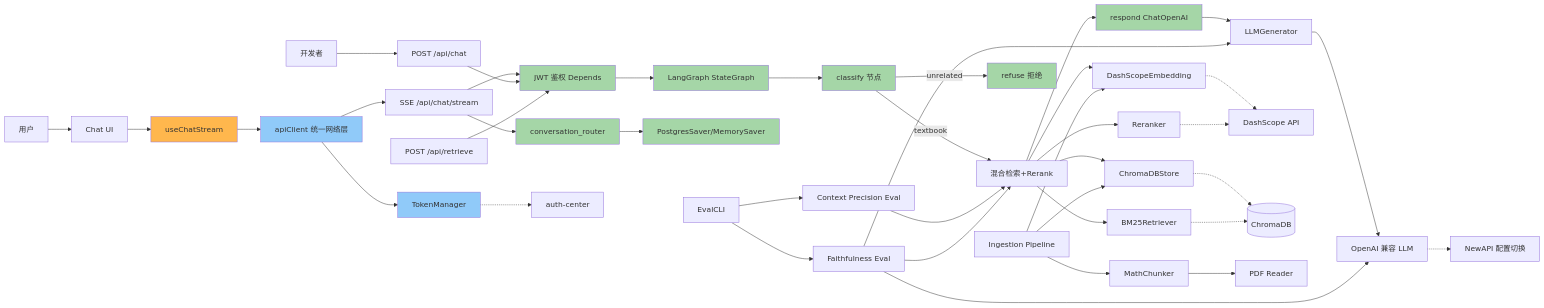
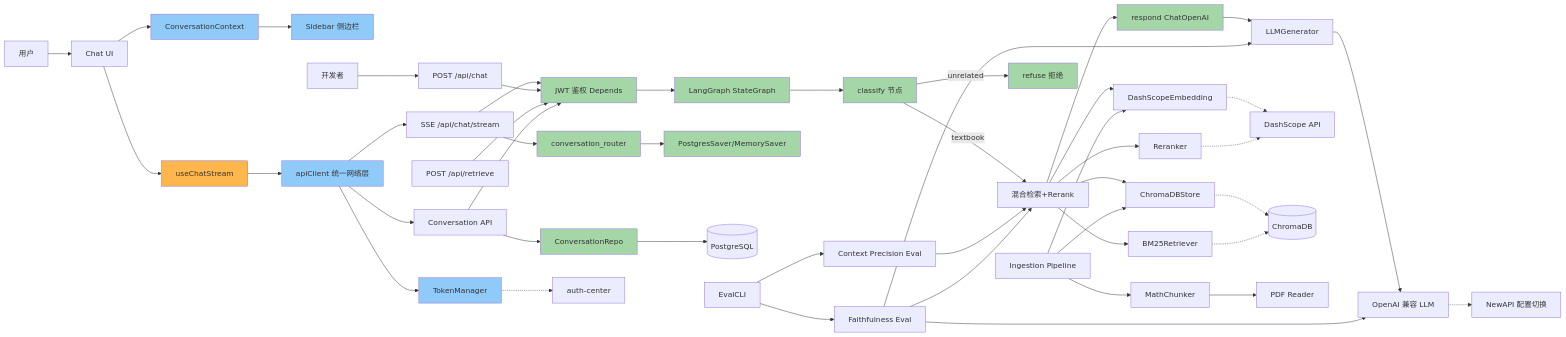
The diagram in .dev-flow/feature-map.md (xiaolutang/OctoTutor), drawn with Mermaid before and after one commit. The commit also changed other lines of this file and 4 other files, not shown here.

````diff
--- a/.dev-flow/feature-map.md
+++ b/.dev-flow/feature-map.md
@@ -5,62 +5,72 @@
 ```mermaid
 graph LR
     User[用户] --> ChatUI[Chat UI]
     ChatUI --> SSEHook[useChatStream]
+    ChatUI --> ConvCtx[ConversationContext]
+    ConvCtx --> Sidebar[Sidebar 侧边栏]
     SSEHook --> ApiClient[apiClient 统一网络层]
     ApiClient --> SSEEndpoint[SSE /api/chat/stream]
     ApiClient --> TokenMgr[TokenManager]
+    ApiClient --> ConvAPI[Conversation API]
 
     Dev[开发者] --> ChatAPI[POST /api/chat]
 
     SSEEndpoint --> AuthMiddleware[JWT 鉴权 Depends]
     ChatAPI --> AuthMiddleware
     RetrieveAPI[POST /api/retrieve] --> AuthMiddleware
+    ConvAPI --> AuthMiddleware
 
     AuthMiddleware --> StateGraph[LangGraph StateGraph]
     StateGraph --> Classify[classify 节点]
     Classify -->|textbook| Retrieve[混合检索+Rerank]
     Classify -->|unrelated| Refuse[refuse 拒绝]
     Retrieve --> Respond[respond ChatOpenAI]
 
     Retrieve --> Embedding[DashScopeEmbedding]
     Retrieve --> VectorStore[ChromaDBStore]
     Retrieve --> BM25[BM25Retriever]
     Retrieve --> Reranker[Reranker]
 
     SSEEndpoint --> ConvRouter[conversation_router]
     ConvRouter --> Checkpointer[PostgresSaver/MemorySaver]
+
+    ConvAPI --> ConvRepo[ConversationRepo]
+    ConvRepo --> PG[(PostgreSQL)]
 
     Respond --> Generator[LLMGenerator]
     Generator --> LLM[OpenAI 兼容 LLM]
 
     TokenMgr -.-> AuthCenter[auth-center]
 
     EvalCLI --> CPEval[Context Precision Eval]
     EvalCLI --> FaithEval[Faithfulness Eval]
     CPEval --> Retrieve
     FaithEval --> Retrieve
     FaithEval --> Generator
     FaithEval --> LLM
 
     Embedding -.-> DashScope[DashScope API]
     Reranker -.-> DashScope
     VectorStore -.-> ChromaDB[(ChromaDB)]
     BM25 -.-> ChromaDB
     LLM -.-> NewAPI[NewAPI 配置切换]
 
     Ingestion[Ingestion Pipeline] --> Embedding
     Ingestion --> VectorStore
     Ingestion --> Chunker[MathChunker]
     Chunker --> PDFReader[PDF Reader]
 
     style StateGraph fill:#A5D6A7
     style Classify fill:#A5D6A7
     style Respond fill:#A5D6A7
     style Refuse fill:#A5D6A7
     style ConvRouter fill:#A5D6A7
     style Checkpointer fill:#A5D6A7
+    style ConvRepo fill:#A5D6A7
+    style AuthMiddleware fill:#A5D6A7
     style ApiClient fill:#90CAF9
     style TokenMgr fill:#90CAF9
-    style AuthMiddleware fill:#A5D6A7
+    style ConvCtx fill:#90CAF9
+    style Sidebar fill:#90CAF9
     style SSEHook fill:#FFB74D
 ```
````
